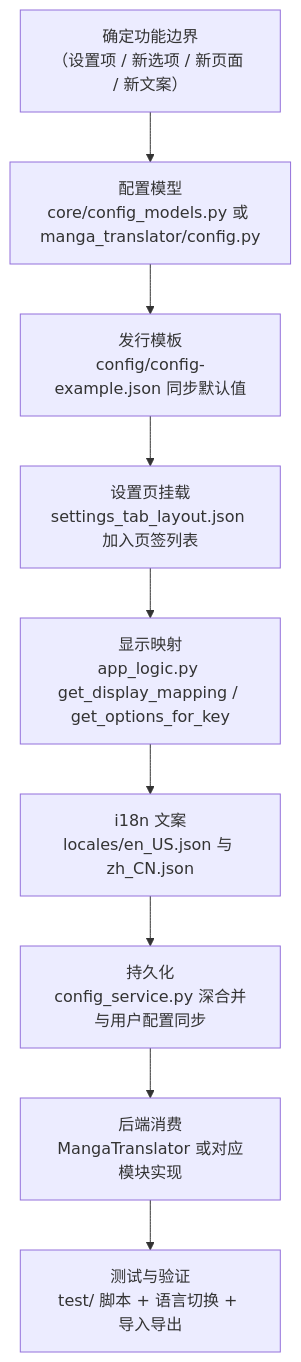
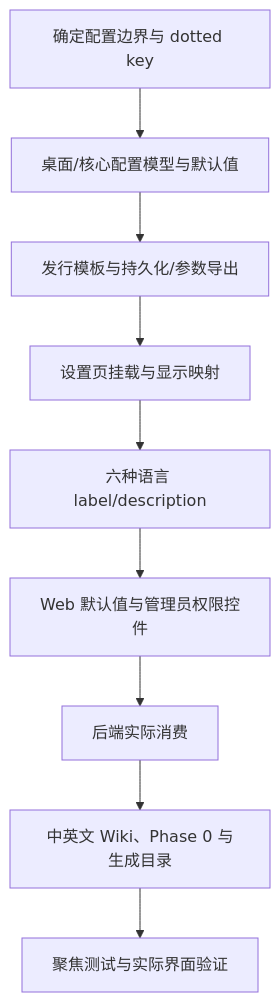
One commit to hgmzhn/manga-translator-ui changed the diagram in doc/wiki/zh/developer/adding-or-changing-a-feature.md. Above: the diagram before and after it, drawn with Mermaid. The commit also changed other lines of this file and 27 other files, not shown here.

````diff
--- a/doc/wiki/zh/developer/adding-or-changing-a-feature.md
+++ b/doc/wiki/zh/developer/adding-or-changing-a-feature.md
@@ -25,11 +25,11 @@
 ```mermaid
 flowchart TD
-    A["确定功能边界\n（设置项 / 新选项 / 新页面 / 新文案）"] --> B["配置模型\ncore/config_models.py 或 manga_translator/config.py"]
-    B --> C["发行模板\nconfig/config-example.json 同步默认值"]
-    C --> D["设置页挂载\nsettings_tab_layout.json 加入页签列表"]
-    D --> E["显示映射\napp_logic.py get_display_mapping / get_options_for_key"]
-    E --> F["i18n 文案\nlocales/en_US.json 与 zh_CN.json"]
-    F --> G["持久化\nconfig_service.py 深合并与用户配置同步"]
-    G --> H["后端消费\nMangaTranslator 或对应模块实现"]
-    H --> I["测试与验证\ntest/ 脚本 + 语言切换 + 导入导出"]
+    A["确定配置边界与 dotted key"] --> B["桌面/核心配置模型与默认值"]
+    B --> C["发行模板与持久化/参数导出"]
+    C --> D["设置页挂载与显示映射"]
+    D --> E["六种语言 label/description"]
+    E --> F["Web 默认值与管理员权限控件"]
+    F --> G["后端实际消费"]
+    G --> H["中英文 Wiki、Phase 0 与生成目录"]
+    H --> I["聚焦测试与实际界面验证"]
 ```
````
